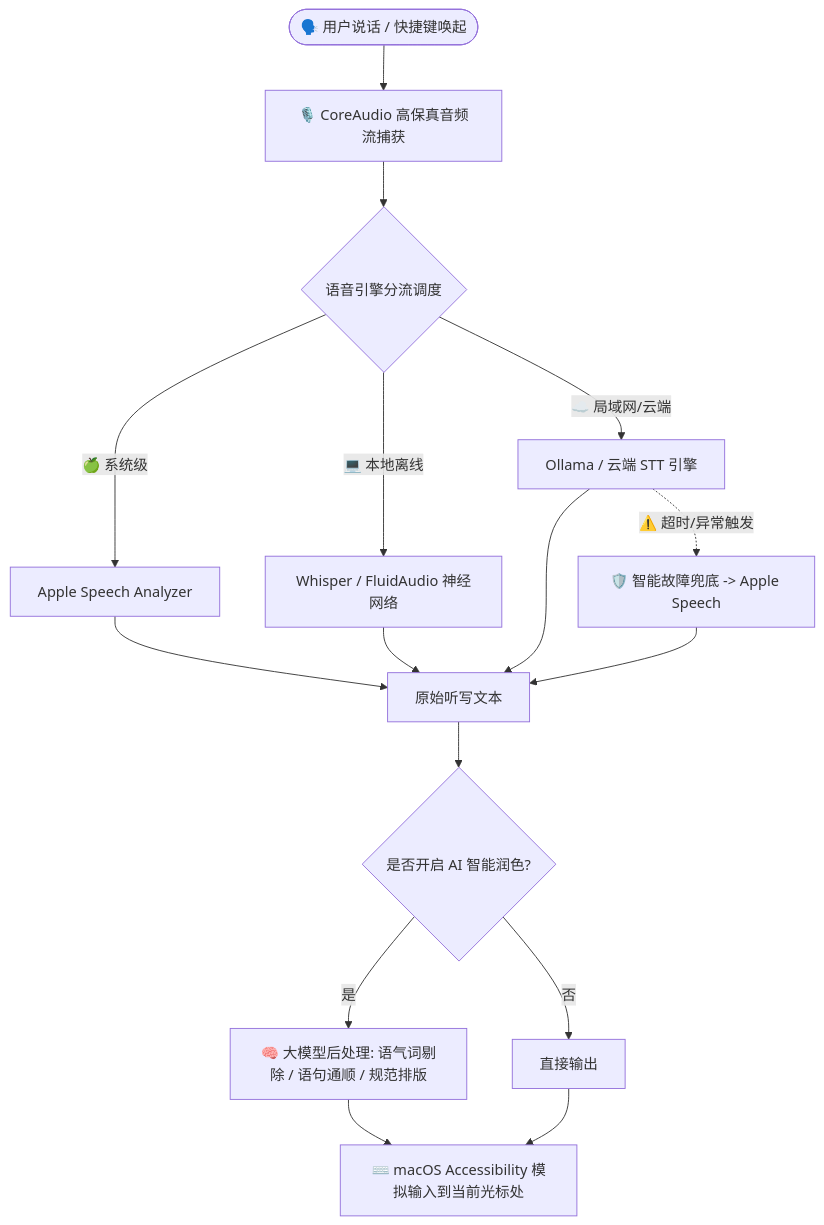
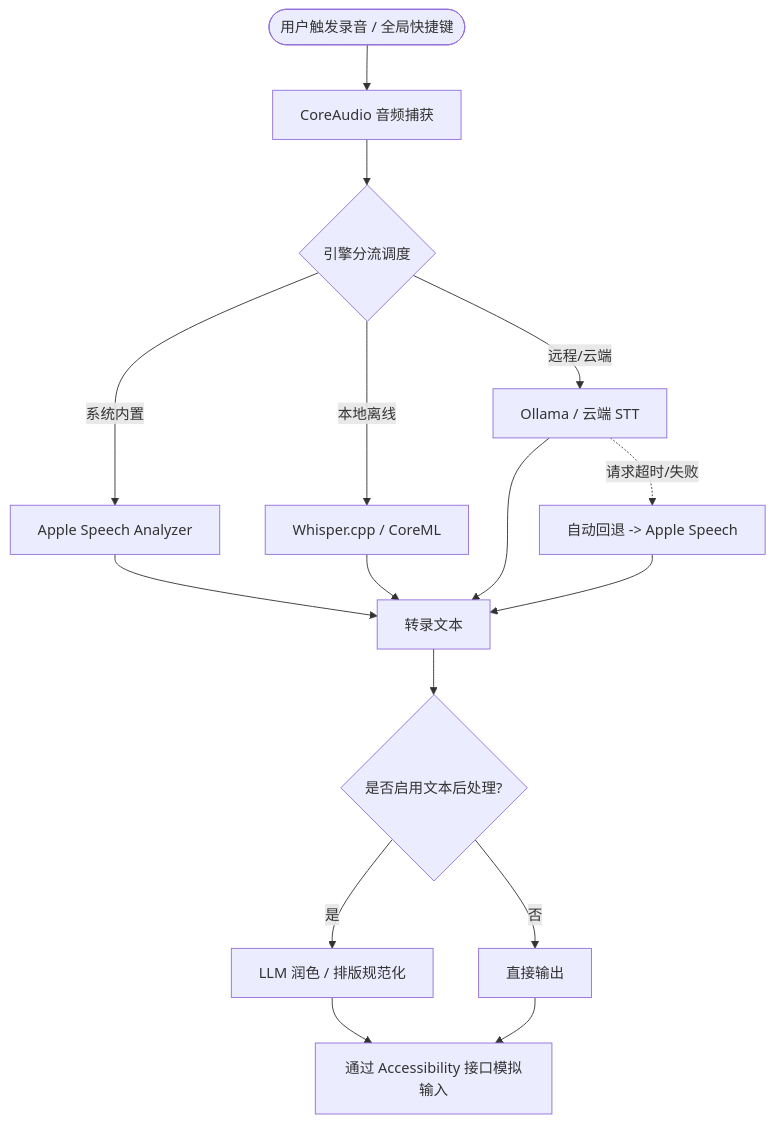
Before and after one commit to xiangsam/FluidVoice: the diagram in README.md, drawn with Mermaid. The commit also changed other lines of this file, not shown here.

````diff
--- a/README.md
+++ b/README.md
@@ -73,23 +52,23 @@
 ```mermaid
 graph TD
-    User([🗣️ 用户说话 / 快捷键唤起]) --> AudioCapture[🎙️ CoreAudio 高保真音频流捕获]
-    AudioCapture --> EngineSelector{语音引擎分流调度}
+    User([用户触发录音 / 全局快捷键]) --> AudioCapture[CoreAudio 音频捕获]
+    AudioCapture --> EngineSelector{引擎分流调度}
     
-    EngineSelector -->|🍏 系统级| AppleSpeech[Apple Speech Analyzer]
-    EngineSelector -->|💻 本地离线| WhisperCpp[Whisper / FluidAudio 神经网络]
-    EngineSelector -->|☁️ 局域网/云端| CloudSTT[Ollama / 云端 STT 引擎]
+    EngineSelector -->|系统内置| AppleSpeech[Apple Speech Analyzer]
+    EngineSelector -->|本地离线| WhisperCpp[Whisper.cpp / CoreML]
+    EngineSelector -->|远程/云端| CloudSTT[Ollama / 云端 STT]
     
-    CloudSTT -.->|⚠️ 超时/异常触发| Fallback[🛡️ 智能故障兜底 -> Apple Speech]
+    CloudSTT -.->|请求超时/失败| Fallback[自动回退 -> Apple Speech]
     
-    AppleSpeech --> RawText[原始听写文本]
+    AppleSpeech --> RawText[转录文本]
     WhisperCpp --> RawText
     CloudSTT --> RawText
     Fallback --> RawText
     
-    RawText --> LLMPipeline{是否开启 AI 智能润色?}
-    LLMPipeline -->|是| LLMEnhance[🧠 大模型后处理: 语气词剔除 / 语句通顺 / 规范排版]
+    RawText --> LLMPipeline{是否启用文本后处理?}
+    LLMPipeline -->|是| LLMEnhance[LLM 润色 / 排版规范化]
     LLMPipeline -->|否| DirectOutput[直接输出]
     
-    LLMEnhance --> SmartInsert[⌨️ macOS Accessibility 模拟输入到当前光标处]
-    DirectOutput --> SmartInsert
+    LLMEnhance --> Output[通过 Accessibility 接口模拟输入]
+    DirectOutput --> Output
 ```
````
